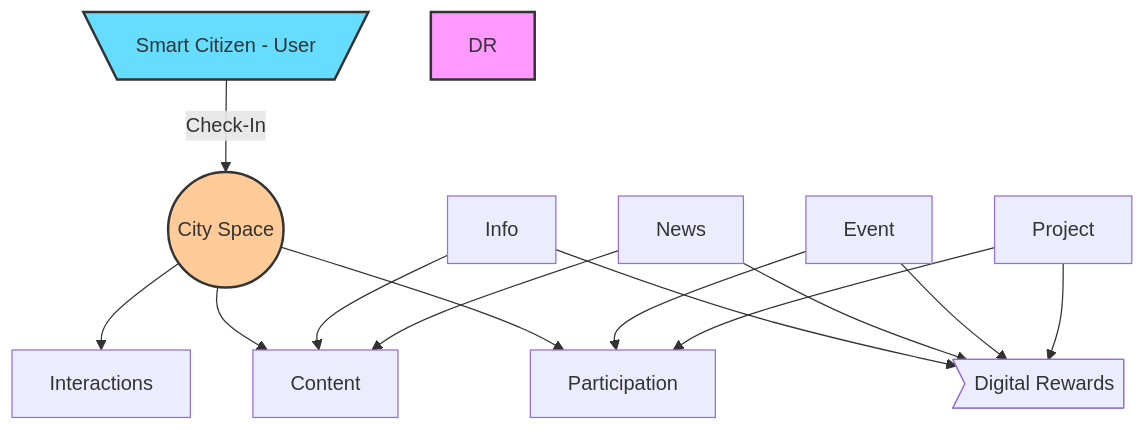
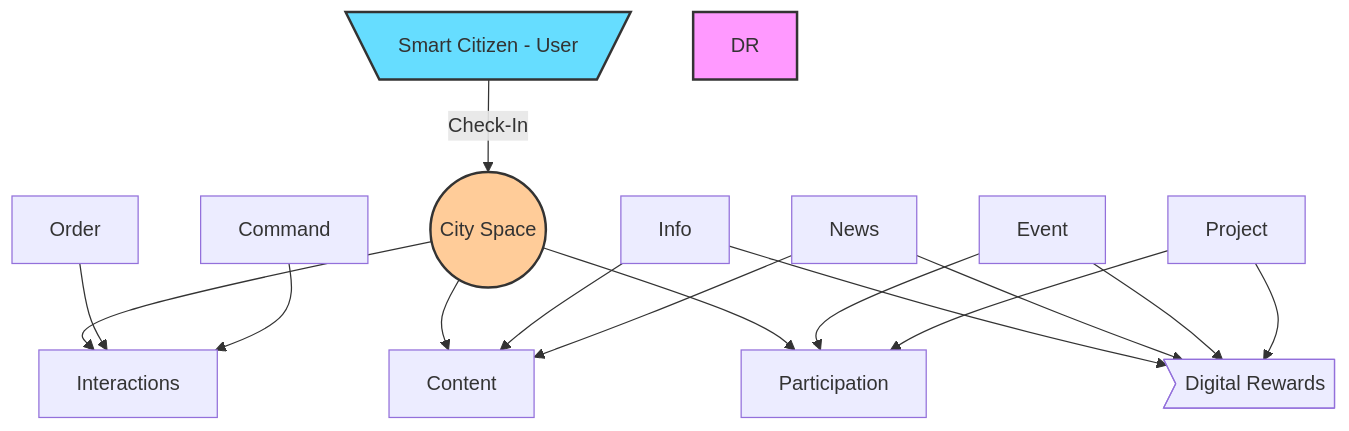
The second of 2 diagrams in pages/elements/city-spaces.md (cityos-work/cityos-dev), drawn with Mermaid before and after one commit.

````diff
--- a/pages/elements/city-spaces.md
+++ b/pages/elements/city-spaces.md
@@ -33,22 +33,23 @@
 ```mermaid
 graph TB;
     U[\Smart Citizen - User/]-- Check-In -->CS((City Space));
     CS-->CSI[Interactions];
+    CS-->CSC[Content];
+    CS-->CSP[Participation];
     
-    CS-->CSC[Content];
-
-    CS-->CSP[Participation];
+    ORDER[Order]-->CSI;
+    COMMAND[Command]-->CSI;
     INFO[Info]-->CSC;
     NEWS[News]-->CSC;
     EVENT[Event]-->CSP;
     PROJECT[Project]-->CSP;
     INFO-->REWARD>Digital Rewards];
     NEWS-->REWARD;
     EVENT-->REWARD;
     PROJECT-->REWARD;
     
     
     style U fill:#6df,stroke:#333,stroke-width:2px
     style CS fill:#fc9,stroke:#333,stroke-width:2px
     style DR fill:#f9f,stroke:#333,stroke-width:2px
 ```
````
